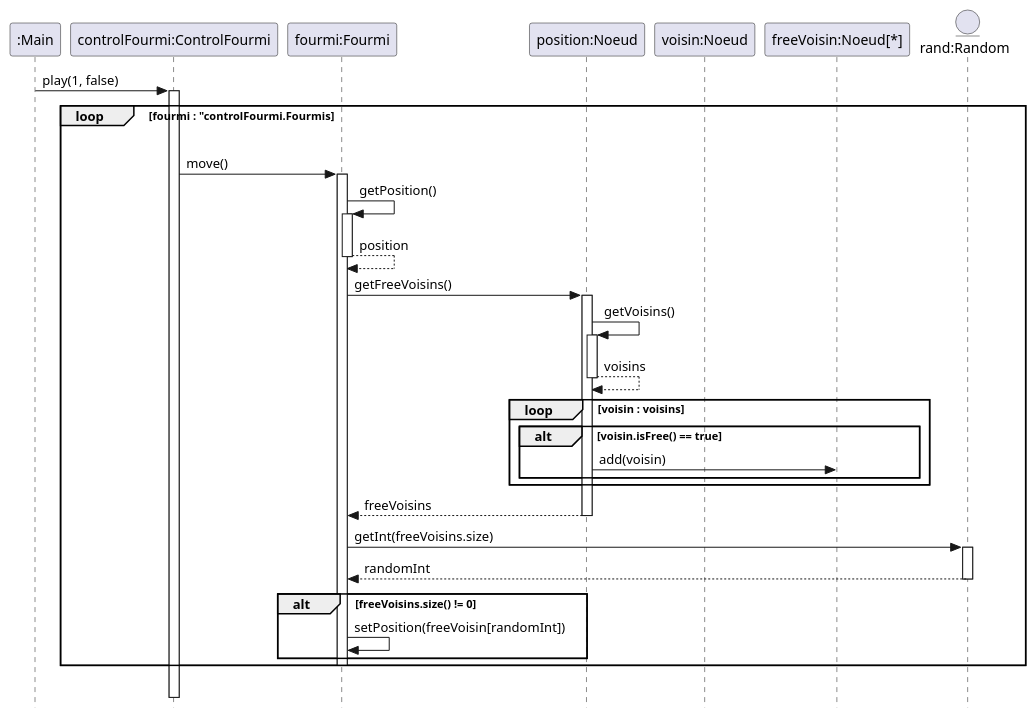
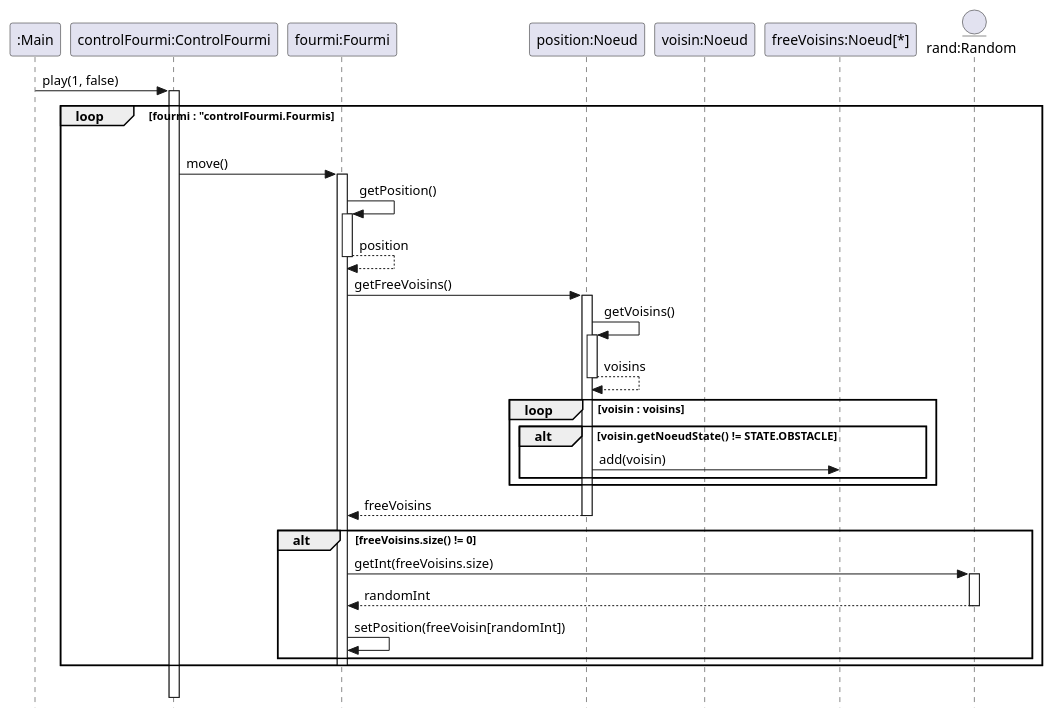
Before and after one commit to ErenMustafaGit/ColonieFourmis: the diagram in src/main/uml/Fourmis_DS.puml, drawn with PlantUML. The commit also changed 1 other file, not shown here.

Commit message:
DS: STATE dans le alt Noeud: Commentaire java

```diff
--- a/src/main/uml/Fourmis_DS.puml
+++ b/src/main/uml/Fourmis_DS.puml
@@ -1,76 +1,78 @@
 @startuml
 'https://plantuml.com/sequence-diagram
 skinparam style strictuml
 'autonumber
 hide footbox
 
 'title Méthode jouer()
 participant ":Main" as main
 participant "controlFourmi:ControlFourmi" as controlFourmi
 participant "fourmi:Fourmi" as fourmi
 participant "position:Noeud" as position
 participant "voisin:Noeud" as voisin
-participant "freeVoisin:Noeud[*]" as freeVoisins
+participant "freeVoisins:Noeud[*]" as freeVoisins
 entity "rand:Random" as random
 
 'Pour le bitset.. prof a dit pas besoin
 'participant ":Graphe" as graphe
 'participant "bitPlay:BitSet[][]" as bitPlay
 'participant "bitPlay[i][j]:BitSet" as bitSet
 
 main -> controlFourmi ++ : play(1, false)
     loop fourmi : "controlFourmi.Fourmis
     |||
         controlFourmi -> fourmi ++ : move()
         fourmi -> fourmi  ++ : getPosition()
         return position
 
         fourmi -> position ++ : getFreeVoisins()
             position -> position ++ : getVoisins()
             return voisins
             loop voisin : voisins
-                alt voisin.isFree() == true
+                alt voisin.getNoeudState() != STATE.OBSTACLE
                     position -> freeVoisins : add(voisin)
                 end
             end
         return freeVoisins
 
-        'nextInt() en Java
-        fourmi -> random ++ : getInt(freeVoisins.size)
-        return randomInt
+
 
         alt freeVoisins.size() != 0
+            'nextInt() en Java
+            fourmi -> random ++ : getInt(freeVoisins.size)
+            return randomInt
+
             fourmi -> fourmi : setPosition(freeVoisin[randomInt])
         end
         deactivate fourmi
     end
 |||
     'controlFourmi -> graphe ++ : getHeight
     'return height
     'controlFourmi -> graphe ++ : getWidth
     'return width
 
     'create bitPlay
     'controlFourmi -->> bitPlay : instanciate(height, width)
         'loop height
             'loop width
                 'create bitSet
                 'controlFourmi -->> bitSet : instanciate(7)
 
                 'controlFourmi -> graphe ++ : getNoeud(height,width)
                 'return noeud
                 'alt noeud.getNoeudState == STATE.ANTHILL
                     'controlFourmi -> bitSet : set(0,true)
                 'end
                 'alt noeud.getNoeudState == STATE.ANTHILL
                     'controlFourmi -> bitSet : set(0,true)
                 'end
             'end
             'return bitPlay
         'end
 
 deactivate controlFourmi
 
 
 
 @enduml
```
